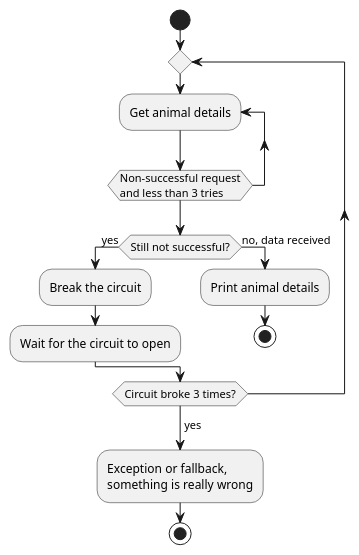
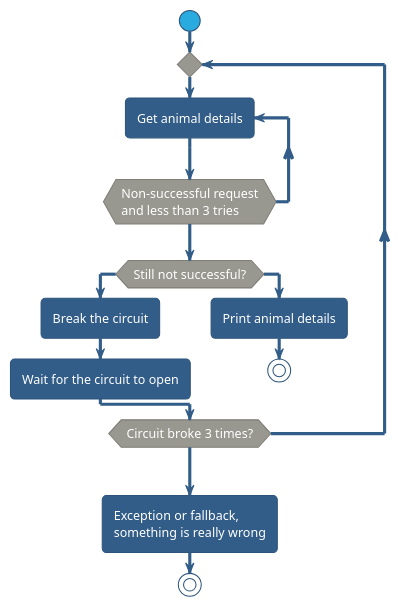
One commit to jacobduijzer/ResilienceWithPollyDemo changed the diagram in design/circuitbreaker.pu. Above: the diagram before and after it, drawn with PlantUML. The commit also changed 3 other files, not shown here.

```diff
--- a/design/circuitbreaker.pu
+++ b/design/circuitbreaker.pu
@@ -1,23 +1,26 @@
 @startuml
+
+!theme sandstone
+
 
 start
 repeat 
 repeat :Get animal details;
 ' if(Request unsuccessful?) then (yes)
 
 ' endif
 repeat while (Non-successful request\nand less than 3 tries)
 
 if (Still not successful?) then (yes)
 :Break the circuit;
 :Wait for the circuit to open;
 else (no, data received)
 	:Print animal details;
 	stop
 endif
 repeat while (Circuit broke 3 times?)
 ->yes;
 :Exception or fallback,\nsomething is really wrong;
 stop
 
 @enduml
```
